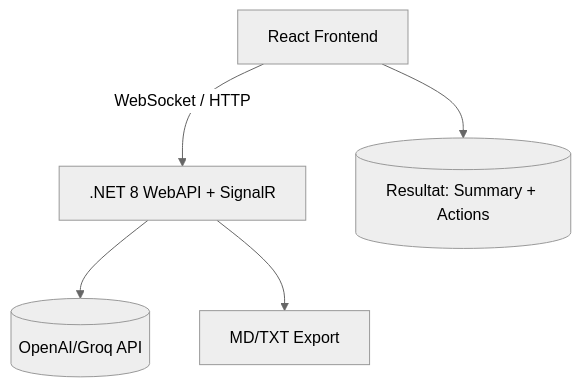
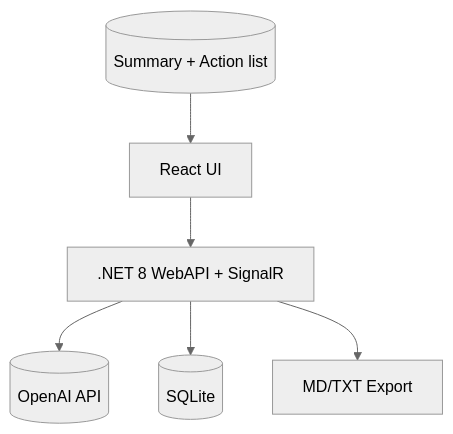
The diagram in Examensarbete_Projektplan_AI_Assistant.md (AndreasVilhelmsson/AI--agent), drawn with Mermaid (neutral theme) before and after one commit. The commit also changed 4 other files, not shown here.

````diff
--- a/Examensarbete_Projektplan_AI_Assistant.md
+++ b/Examensarbete_Projektplan_AI_Assistant.md
@@ -61,7 +61,8 @@
 ```mermaid
 flowchart TD
-    FE[React Frontend] -- WebSocket / HTTP --> BE[.NET 8 WebAPI + SignalR]
-    BE --> AI[(OpenAI/Groq API)]
+    FE[React UI] --> BE[.NET 8 WebAPI + SignalR]
+    BE --> AI[(OpenAI API)]
+    BE --> DB[(SQLite)]
     BE --> Export[MD/TXT Export]
-    FE --> UI[(Resultat: Summary + Actions)]
+    UI[(Summary + Action list)] --> FE
 ```
````
